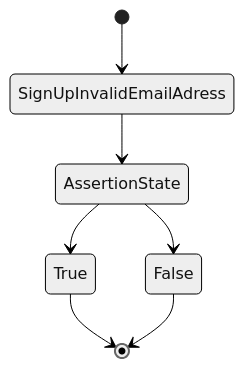
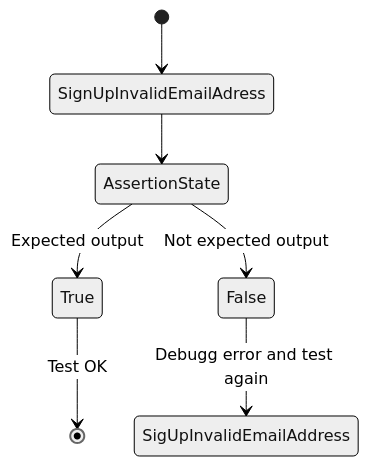
Before and after one commit to Emsaso/GetNews: the fifth of 12 diagrams in model/TestModel.md, drawn with Mermaid (neutral theme). The commit also changed other lines of this file, not shown here.

````diff
--- a/model/TestModel.md
+++ b/model/TestModel.md
@@ -118,12 +120,13 @@
 ```mermaid
 stateDiagram-v2
     [*] --> SignUpInvalidEmailAdress
         SignUpInvalidEmailAdress --> AssertionState
         
-        AssertionState --> True
-        AssertionState --> False
-        True --> [*]
-        False --> [*]
+        AssertionState --> True:Expected output
+        AssertionState --> False:Not expected output
+        
+        True --> [*]:Test OK
+        False --> SigUpInvalidEmailAddress:Debugg error and test again
 
 
 ```
````
